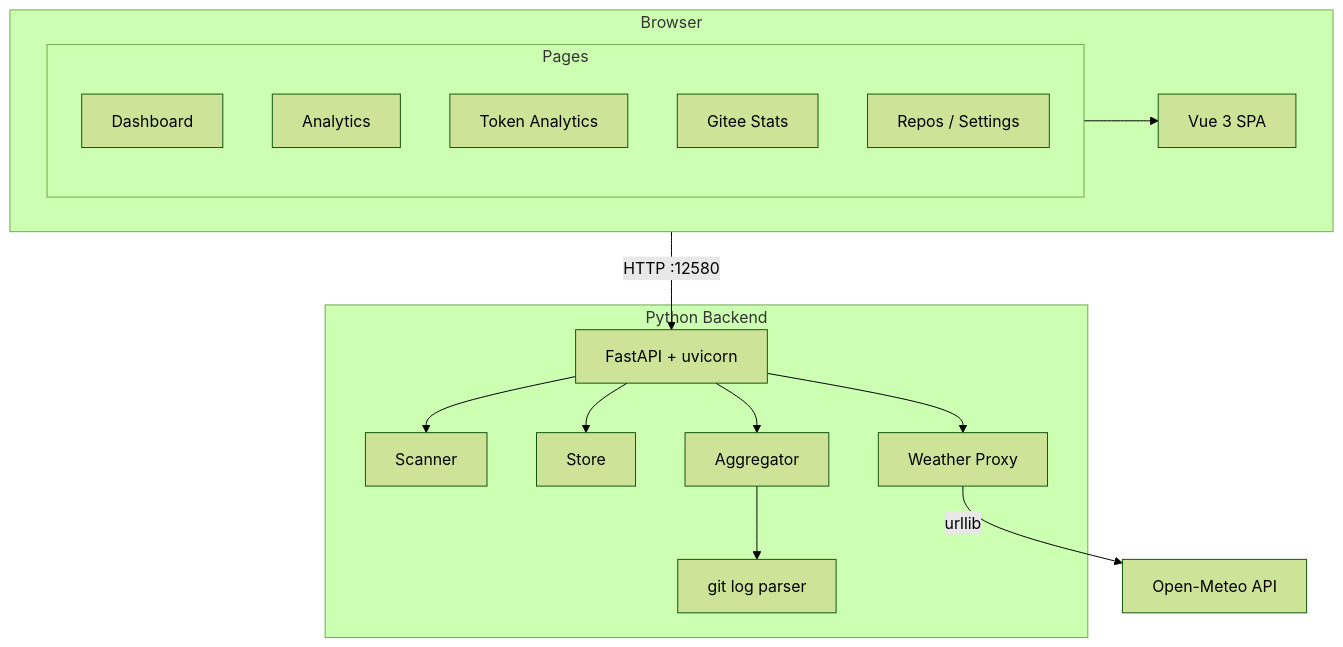
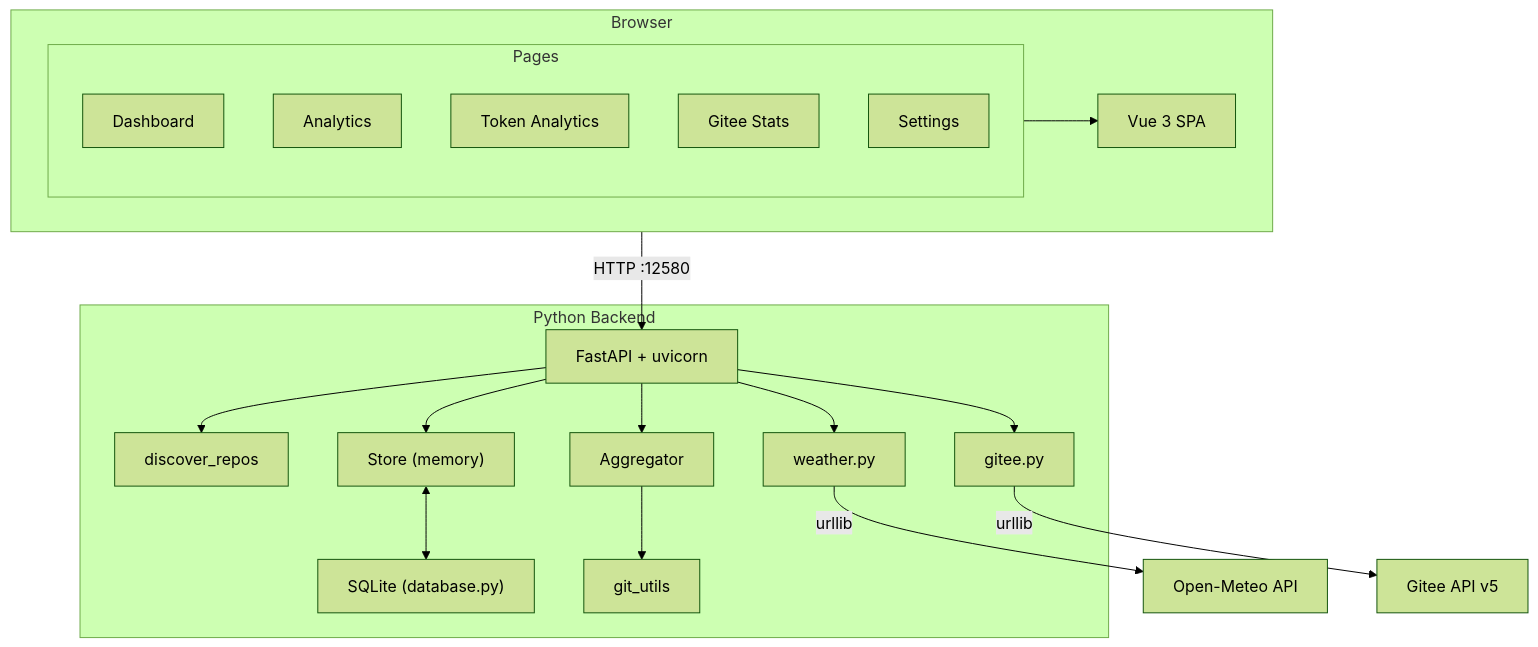
Before and after one commit to KsongloveCv/gitstat-cyberpunk: the diagram in README.md, drawn with Mermaid (forest theme). The commit also changed other lines of this file, not shown here.

````diff
--- a/README.md
+++ b/README.md
@@ -156,29 +218,34 @@
 ```mermaid
 flowchart TB
     subgraph browser [Browser]
         VueSPA["Vue 3 SPA"]
         subgraph pages [Pages]
             Dashboard["Dashboard"]
             Analytics["Analytics"]
             TokenAnalytics["Token Analytics"]
             GiteeStats["Gitee Stats"]
-            Repos["Repos / Settings"]
+            Settings["Settings"]
         end
         pages --> VueSPA
     end
     subgraph backend [Python Backend]
         FastAPI["FastAPI + uvicorn"]
-        Scanner["Scanner"]
-        Store["Store"]
+        Scanner["discover_repos"]
+        Store["Store (memory)"]
+        Database["SQLite (database.py)"]
         Aggregator["Aggregator"]
-        GitLog["git log parser"]
-        WeatherProxy["Weather Proxy"]
+        GitLog["git_utils"]
+        Weather["weather.py"]
+        Gitee["gitee.py"]
     end
     browser -->|"HTTP :12580"| FastAPI
     FastAPI --> Scanner
     FastAPI --> Aggregator
     Aggregator --> GitLog
     FastAPI --> Store
-    FastAPI --> WeatherProxy
-    WeatherProxy -->|"urllib"| OpenMeteo["Open-Meteo API"]
+    Store <--> Database
+    FastAPI --> Weather
+    FastAPI --> Gitee
+    Weather -->|"urllib"| OpenMeteo["Open-Meteo API"]
+    Gitee -->|"urllib"| GiteeAPI["Gitee API v5"]
 ```
````
